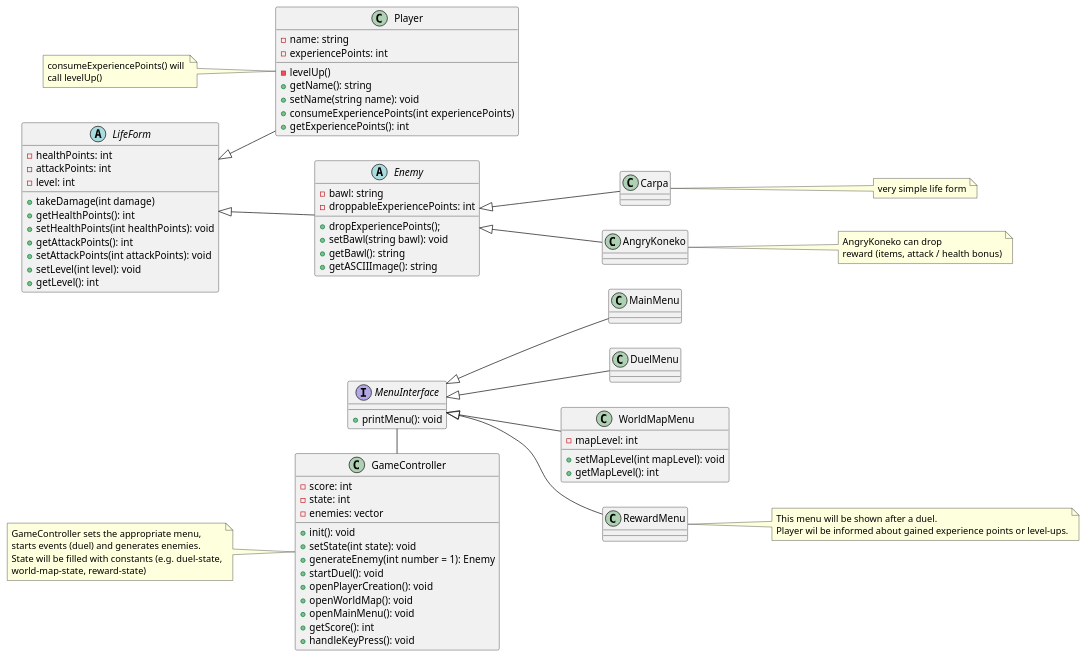
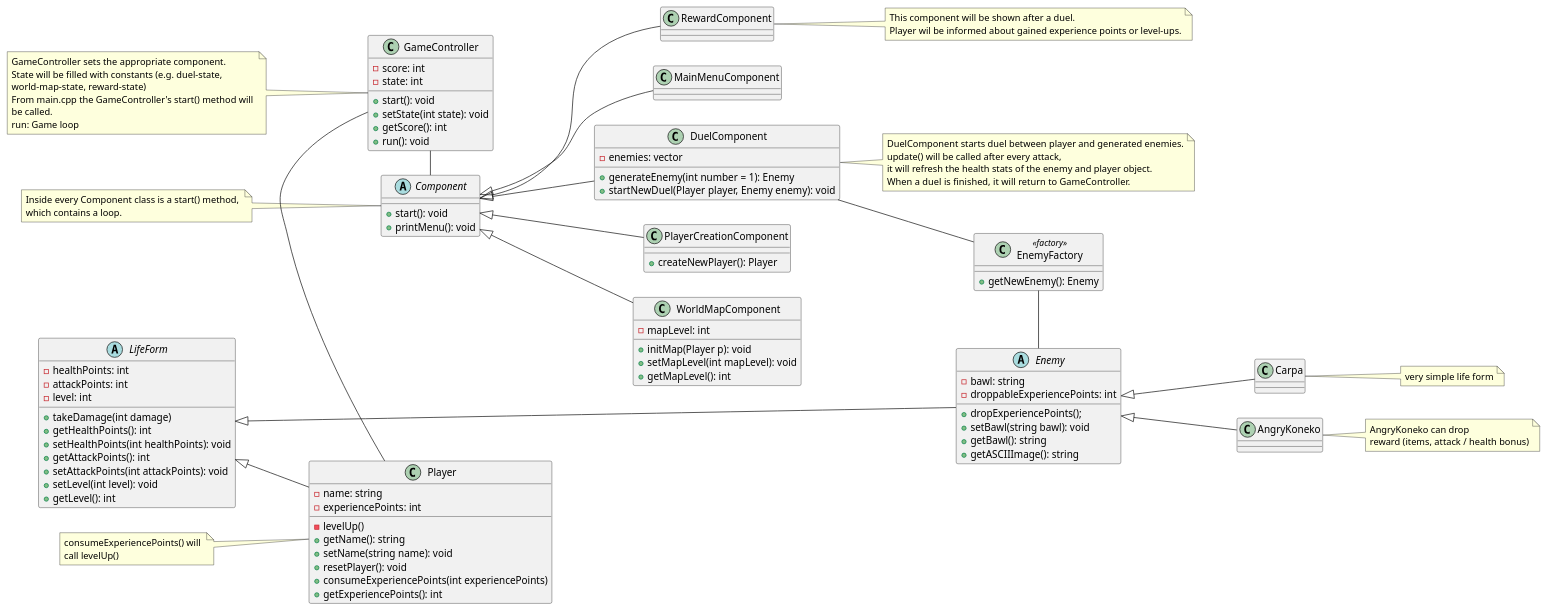
The diagram in doc/Class-Diagram.plantuml (dom-k/koneko-duel), drawn with PlantUML before and after one commit. The commit also changed 15 other files, not shown here.

Commit message:
First classes added from UML

```diff
--- a/doc/Class-Diagram.plantuml
+++ b/doc/Class-Diagram.plantuml
@@ -1,119 +1,145 @@
 @startuml Class-Diagram-Koneko-Duel
 
 left to right direction
 
-interface MenuInterface {
+abstract class Component {
+    + start(): void
     + printMenu(): void
 }
+note left
+    Inside every Component class is a start() method, 
+    which contains a loop.
+end note
 
-class MainMenu {
+class MainMenuComponent {
 
 }
 
-class DuelMenu {
-
+class DuelComponent {
+    - enemies: vector
+    + generateEnemy(int number = 1): Enemy
+    + startNewDuel(Player player, Enemy enemy): void
 }
 
-class WorldMapMenu {
+note right
+    DuelComponent starts duel between player and generated enemies.
+    update() will be called after every attack,
+    it will refresh the health stats of the enemy and player object.
+    When a duel is finished, it will return to GameController.
+end note
+
+class PlayerCreationComponent {
+    + createNewPlayer(): Player
+}
+
+class WorldMapComponent {
     - mapLevel: int
+    + initMap(Player p): void
     + setMapLevel(int mapLevel): void
     + getMapLevel(): int
 }
 
-class RewardMenu {
+class RewardComponent {
 
 }
 
 note right
-This menu will be shown after a duel.
+This component will be shown after a duel.
 Player wil be informed about gained experience points or level-ups.
 end note
 
 abstract class LifeForm {
     - healthPoints: int
     - attackPoints: int
     - level: int
     + takeDamage(int damage)
     + getHealthPoints(): int
     + setHealthPoints(int healthPoints): void
     + getAttackPoints(): int
     + setAttackPoints(int attackPoints): void
     + setLevel(int level): void
     + getLevel(): int
 }
 
 class Player {
     - name: string
     - experiencePoints: int
     - levelUp()
     + getName(): string
     + setName(string name): void
+    + resetPlayer(): void
     + consumeExperiencePoints(int experiencePoints)
     + getExperiencePoints(): int
 }
 
 note left 
     consumeExperiencePoints() will 
     call levelUp()
 end note
 
 abstract class Enemy {
     - bawl: string
     - droppableExperiencePoints: int
     + dropExperiencePoints();
     + setBawl(string bawl): void
     + getBawl(): string
     + getASCIIImage(): string
+}
+
+class EnemyFactory <<factory>> {
+    + getNewEnemy(): Enemy
 }
 
 class Carpa {
 }
 
 note right
     very simple life form
 end note
 
 class AngryKoneko {
 }
 
 note right
     AngryKoneko can drop 
     reward (items, attack / health bonus)
 end note
 
 class GameController {
     - score: int
     - state: int
-    - enemies: vector
-    + init(): void
+    + start(): void
     + setState(int state): void
-    + generateEnemy(int number = 1): Enemy
-    + startDuel(): void
-    + openPlayerCreation(): void
-    + openWorldMap(): void
-    + openMainMenu(): void
     + getScore(): int
-    + handleKeyPress(): void
+    + run(): void
 }
 
 note left
-    GameController sets the appropriate menu,
-    starts events (duel) and generates enemies.
+    GameController sets the appropriate component.
     State will be filled with constants (e.g. duel-state,
     world-map-state, reward-state)
+    From main.cpp the GameController's start() method will 
+    be called.
+    run: Game loop
 end note
 
 ' Relations
-MenuInterface <|-- MainMenu
-MenuInterface <|-- DuelMenu
-MenuInterface <|-- WorldMapMenu
-MenuInterface <|-- RewardMenu
-MenuInterface - GameController
+Component <|-- MainMenuComponent
+Component <|-- DuelComponent
+Component <|-- WorldMapComponent
+Component <|-- RewardComponent
+Component <|-- PlayerCreationComponent
 
 LifeForm <|-- Player
 LifeForm <|-- Enemy
 
+EnemyFactory - Enemy
 Enemy <|-- Carpa
 Enemy <|-- AngryKoneko
 
+GameController - Player
+GameController - Component
+
+DuelComponent -- EnemyFactory
+
 @enduml
```
